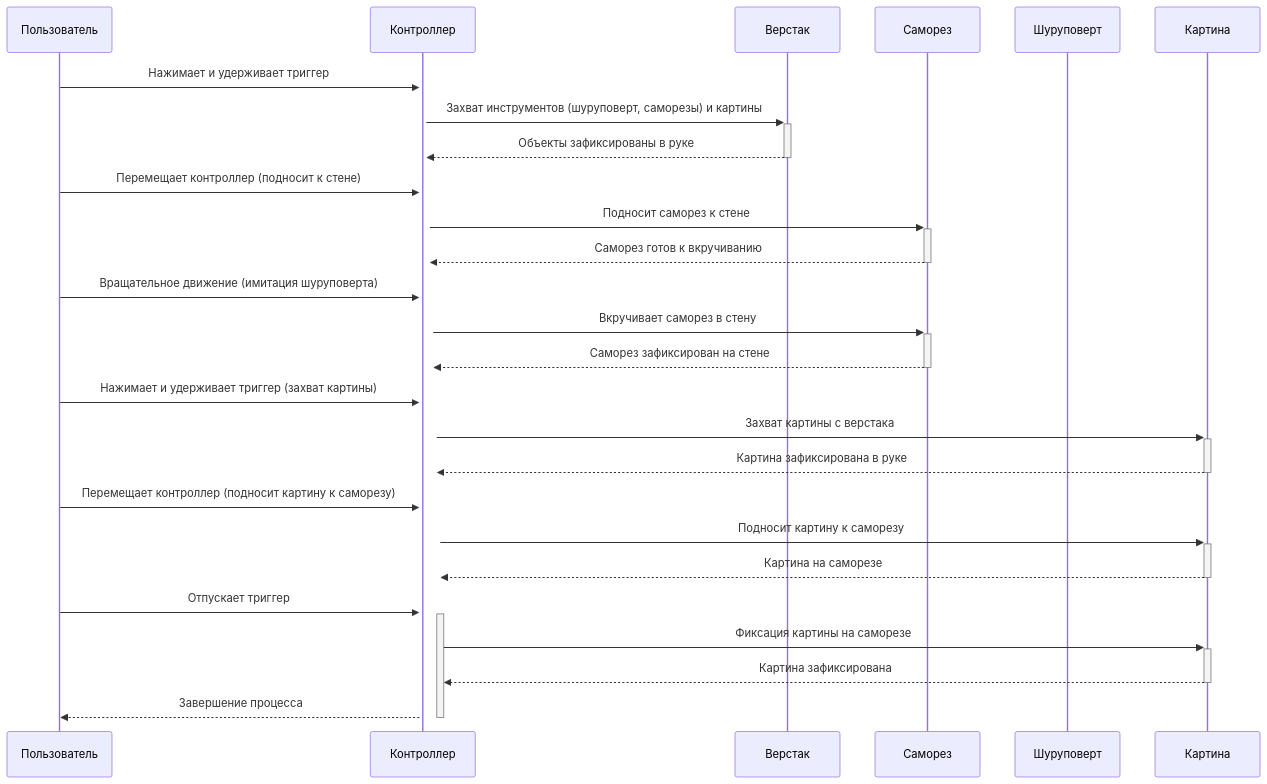
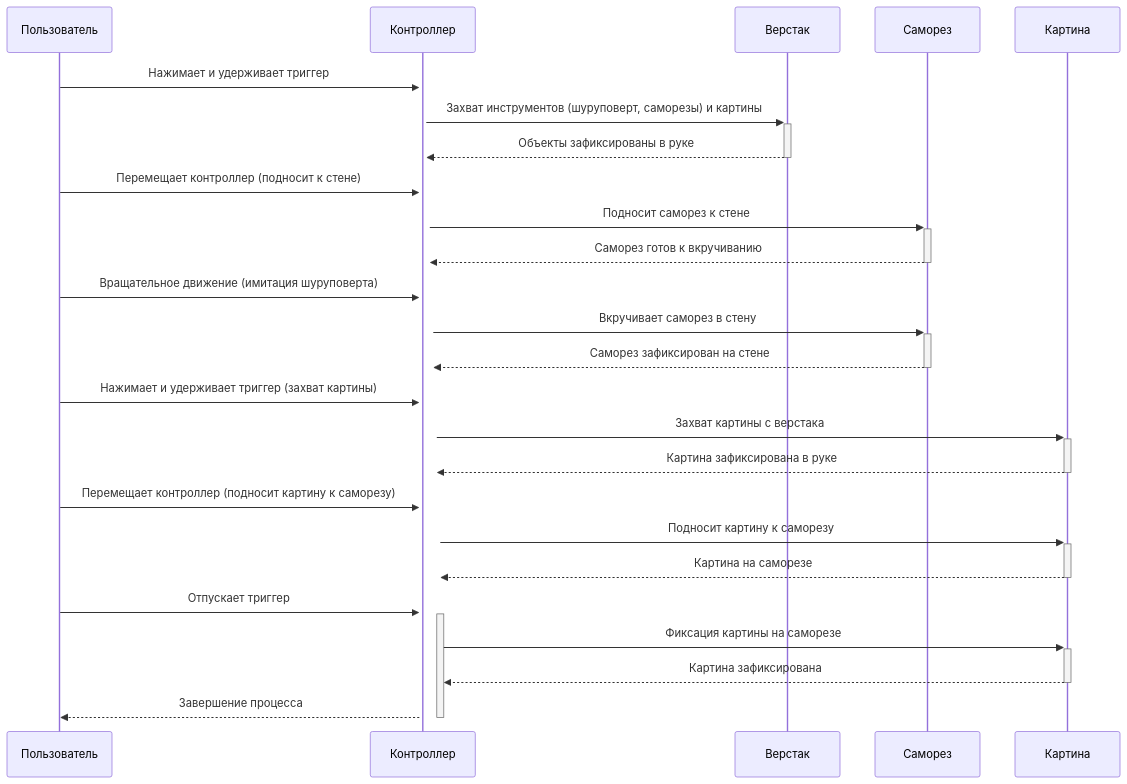
Before and after one commit to NerdyCep/iodraw-files: the diagram in all/не называться-1.md, drawn with Mermaid.

Commit message:
2025-02-25 18:22:26 update

````diff
--- a/all/не называться-1.md
+++ b/all/не называться-1.md
@@ -1,30 +1,30 @@
 ```mermaid
 sequenceDiagram
     participant Пользователь
     participant Контроллер
     participant Верстак
     participant Саморез
-    participant Шуруповерт
+    
     participant Картина
     
 
     Пользователь->>+Контроллер: Нажимает и удерживает триггер
     Контроллер->>+Верстак: Захват инструментов (шуруповерт, саморезы) и картины
     Верстак-->>-Контроллер: Объекты зафиксированы в руке
     Пользователь->>+Контроллер: Перемещает контроллер (подносит к стене)
     Контроллер->>+Саморез: Подносит саморез к стене
     Саморез-->>-Контроллер: Саморез готов к вкручиванию
     Пользователь->>+Контроллер: Вращательное движение (имитация шуруповерта)
     Контроллер->>+Саморез: Вкручивает саморез в стену
     Саморез-->>-Контроллер: Саморез зафиксирован на стене
     Пользователь->>+Контроллер: Нажимает и удерживает триггер (захват картины)
     Контроллер->>+Картина: Захват картины с верстака
     Картина-->>-Контроллер: Картина зафиксирована в руке
     Пользователь->>+Контроллер: Перемещает контроллер (подносит картину к саморезу)
     Контроллер->>+Картина: Подносит картину к саморезу
     Картина-->>-Контроллер: Картина на саморезе
     Пользователь->>+Контроллер: Отпускает триггер
     Контроллер->>+Картина: Фиксация картины на саморезе
     Картина-->>-Контроллер: Картина зафиксирована
     Контроллер-->>-Пользователь: Завершение процесса
 ```
````
